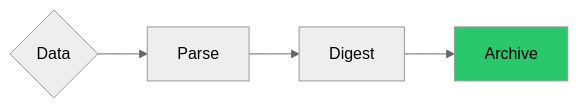
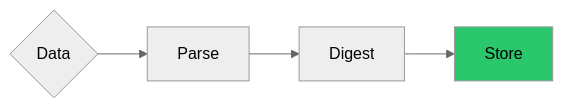
Before and after one commit to somedatapacket/docs.humio.com: the fifth of 6 diagrams in content/concepts/ingest-flow.md, drawn with Mermaid (neutral theme). The commit also changed other lines of this file and 6 other files, not shown here.

Commit message:
Work on ingest flow and rule explinations

```diff
--- a/content/concepts/ingest-flow.md
+++ b/content/concepts/ingest-flow.md
@@ -142,7 +116,7 @@
 {{<mermaid align="center">}}
 graph LR;
   Data{"Data"} --> Parse
   Parse --> Digest
-  Digest --> Archive
-style Archive fill:#2ac76d;
+  Digest --> Store
+style Store fill:#2ac76d;
 {{< /mermaid >}}
```
